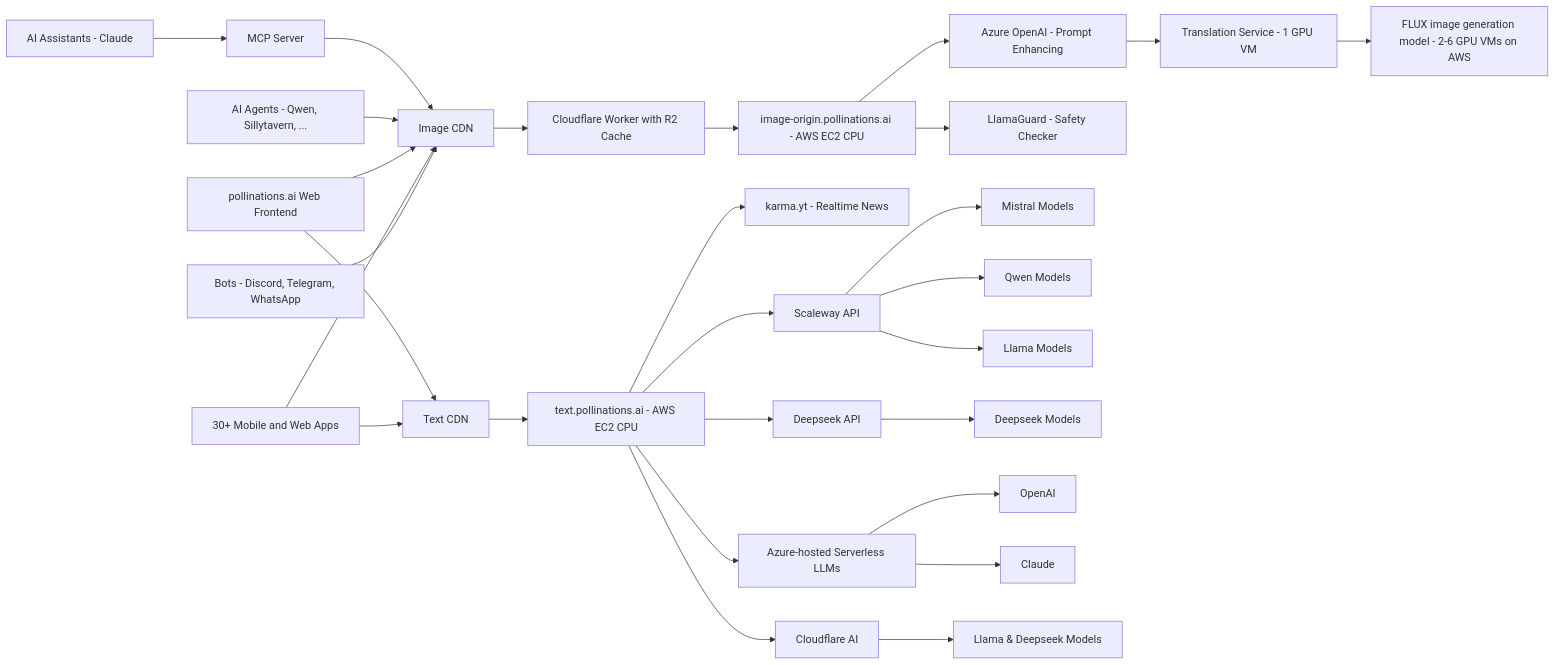
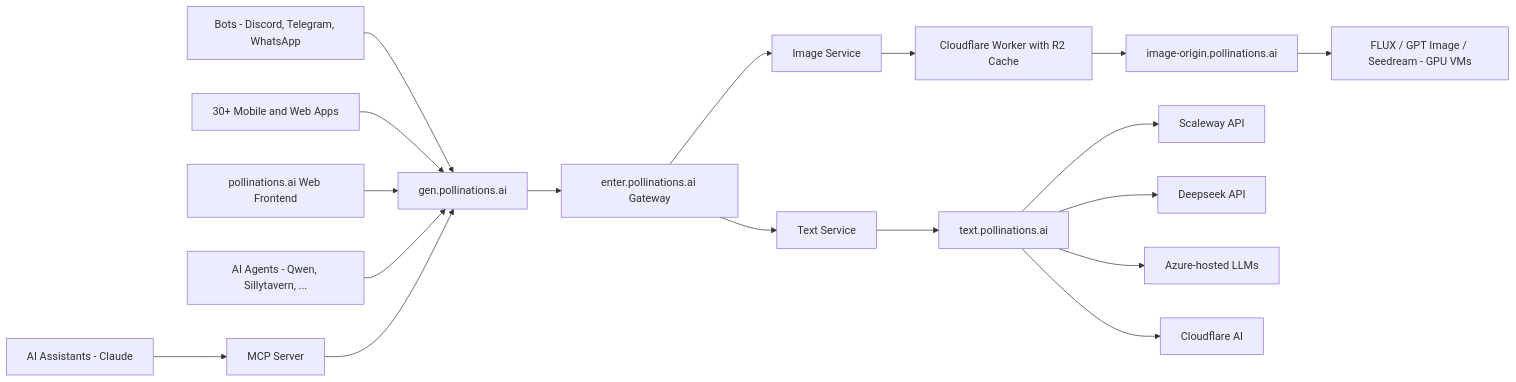
Before and after one commit to pollinations/pollinations: the diagram in README.md, drawn with Mermaid. The commit also changed other lines of this file and 17 other files, not shown here.

First line of the commit message:
docs: standardize API endpoints to gen.pollinations.ai

````diff
--- a/README.md
+++ b/README.md
@@ -218,38 +224,24 @@
 ```mermaid
 graph LR
-    Q[Bots - Discord, Telegram, WhatsApp] --> L1
+    Q[Bots - Discord, Telegram, WhatsApp] --> GEN
+    N[30+ Mobile and Web Apps] --> GEN
+    A[pollinations.ai Web Frontend] --> GEN
+    R[AI Agents - Qwen, Sillytavern, ...] --> GEN
+    AI[AI Assistants - Claude] --> MCP[MCP Server]
+    MCP --> GEN
 
-    N[30+ Mobile and Web Apps] --> L1
-    N --> L2
+    GEN[gen.pollinations.ai] --> ENTER[enter.pollinations.ai Gateway]
 
-    A[pollinations.ai Web Frontend] --> L1
-    A --> L2
+    ENTER --> IMG[Image Service]
+    ENTER --> TXT[Text Service]
 
-    R[AI Agents - Qwen, Sillytavern, ...] --> L1
+    IMG --> CF[Cloudflare Worker with R2 Cache]
+    CF --> B[image-origin.pollinations.ai]
+    B --> D[FLUX / GPT Image / Seedream - GPU VMs]
 
-    AI[AI Assistants - Claude] --> MCP[MCP Server]
-    MCP --> L1
-
-    L1[Image CDN] --> CF[Cloudflare Worker with R2 Cache]
-    L2[Text CDN] --> C
-
-    CF --> B
-
-    B[image-origin.pollinations.ai - AWS EC2 CPU] --> F[Azure OpenAI - Prompt Enhancing]
-    B --> S[LlamaGuard - Safety Checker]
-    F --> E[Translation Service - 1 GPU VM]
-    E --> D[FLUX image generation model - 2-6 GPU VMs on AWS]
-
-    C[text.pollinations.ai - AWS EC2 CPU] --> P[karma.yt - Realtime News]
+    TXT --> C[text.pollinations.ai]
     C --> SC[Scaleway API]
     C --> DS[Deepseek API]
-    C --> G[Azure-hosted Serverless LLMs]
+    C --> G[Azure-hosted LLMs]
     C --> CFM[Cloudflare AI]
-    SC --> MI[Mistral Models]
-    SC --> QW[Qwen Models]
-    SC --> LL[Llama Models]
-    DS --> DM[Deepseek Models]
-    G --> H[OpenAI]
-    G --> K[Claude]
-    CFM --> CFL[Llama & Deepseek Models]
 ```
````
